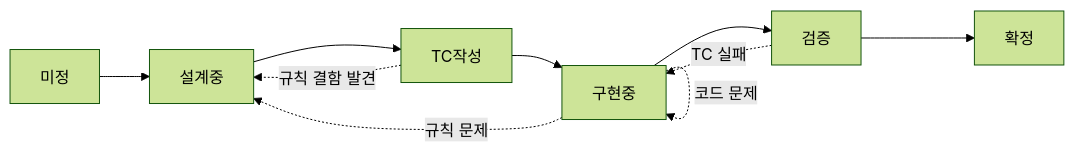
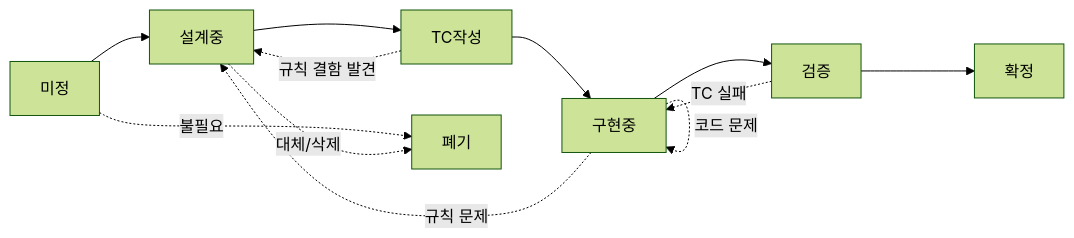
One commit to roam1215-beep/Chronicle-wiki changed the diagram in 00_운영/운영규칙.md. Above: the diagram before and after it, drawn with Mermaid (forest theme). The commit also changed other lines of this file, not shown here.

````diff
--- a/00_운영/운영규칙.md
+++ b/00_운영/운영규칙.md
@@ -86,13 +96,16 @@
 ```mermaid
 graph LR
     A[미정] --> B[설계중]
     B --> C[TC작성]
     C --> D[구현중]
     D --> E[검증]
     E --> F[확정]
     
     C -.->|규칙 결함 발견| B
     D -.->|코드 문제| D
     D -.->|규칙 문제| B
     E -.->|TC 실패| D
+
+    A -.->|불필요| G[폐기]
+    B -.->|대체/삭제| G
 ```
````
